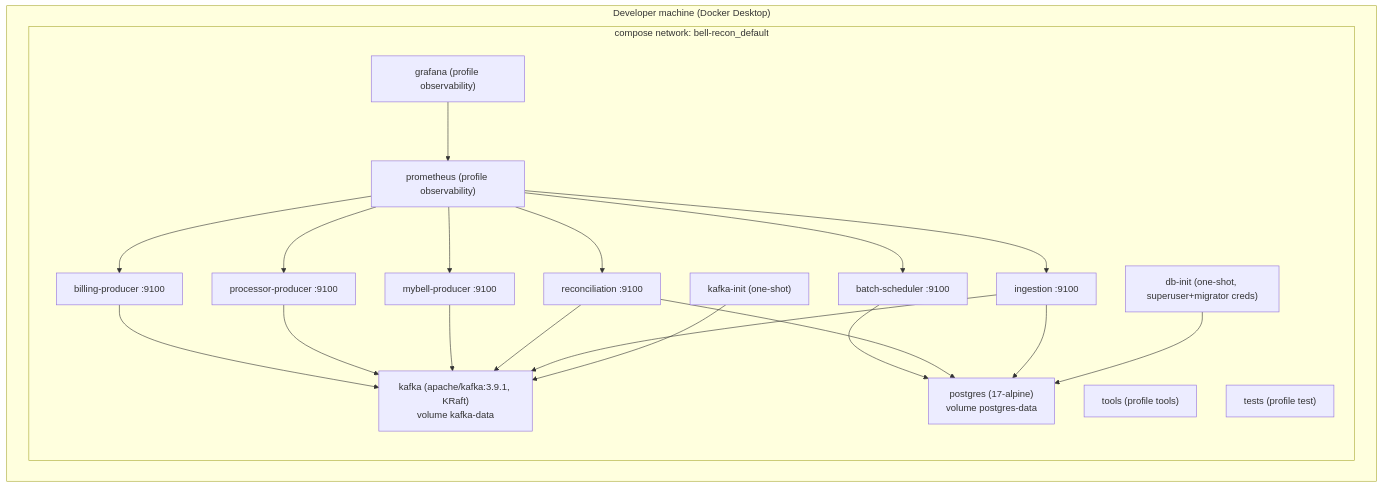
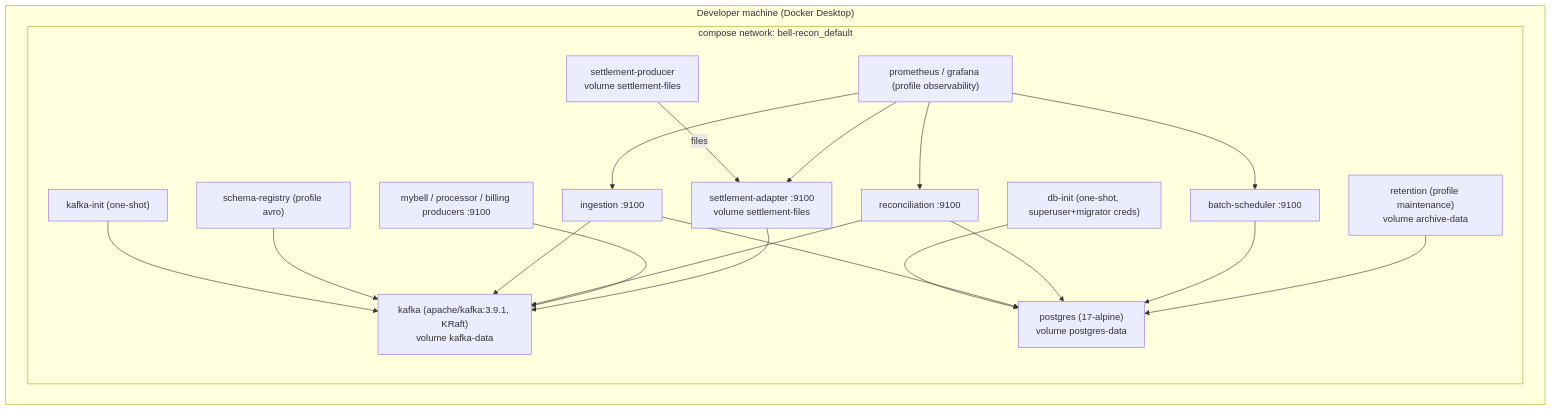
One commit to dhikshanandhinis-collab/payment-system changed the third of 5 diagrams in docs/architecture.md. Above: the diagram before and after it, drawn with Mermaid. The commit also changed other lines of this file and 2 other files, not shown here.

Commit message:
Docs: production guide (environments, secrets, ACLs, Helm deploy, cutover, go-live checklist) and updated architecture (settlement, Avro, Kubernetes topology, data lifecycle)

````diff
--- a/docs/architecture.md
+++ b/docs/architecture.md
@@ -143,29 +174,30 @@
 ```mermaid
 flowchart TB
     subgraph host["Developer machine (Docker Desktop)"]
         subgraph net["compose network: bell-recon_default"]
             kafka["kafka (apache/kafka:3.9.1, KRaft)\nvolume kafka-data"]
             pg["postgres (17-alpine)\nvolume postgres-data"]
+            sr["schema-registry (profile avro)"]
             ki["kafka-init (one-shot)"]
             di["db-init (one-shot, superuser+migrator creds)"]
             ing["ingestion :9100"]
             rec["reconciliation :9100"]
-            p1["mybell-producer :9100"]
-            p2["processor-producer :9100"]
-            p3["billing-producer :9100"]
+            p1["mybell / processor / billing producers :9100"]
+            sp["settlement-producer\nvolume settlement-files"]
+            sa["settlement-adapter :9100\nvolume settlement-files"]
             bs["batch-scheduler :9100"]
-            tools["tools (profile tools)"]
-            tests["tests (profile test)"]
-            prom["prometheus (profile observability)"]
-            graf["grafana (profile observability)"]
+            rt["retention (profile maintenance)\nvolume archive-data"]
+            prom["prometheus / grafana (profile observability)"]
         end
     end
     ki --> kafka
     di --> pg
+    sr --> kafka
     ing --> kafka & pg
     rec --> kafka & pg
-    p1 & p2 & p3 --> kafka
+    p1 --> kafka
+    sp -->|files| sa --> kafka
     bs --> pg
-    prom --> ing & rec & p1 & p2 & p3 & bs
-    graf --> prom
+    rt --> pg
+    prom --> ing & rec & sa & bs
 ```
````
